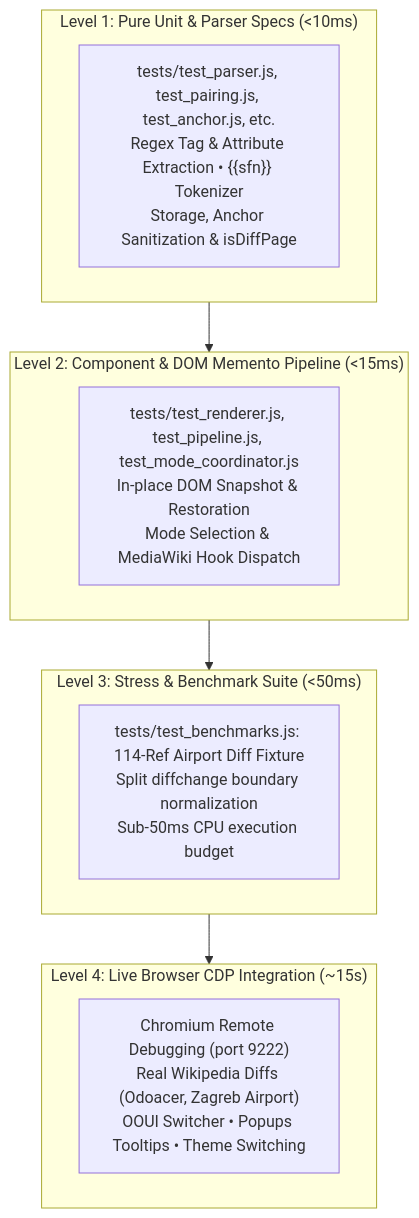
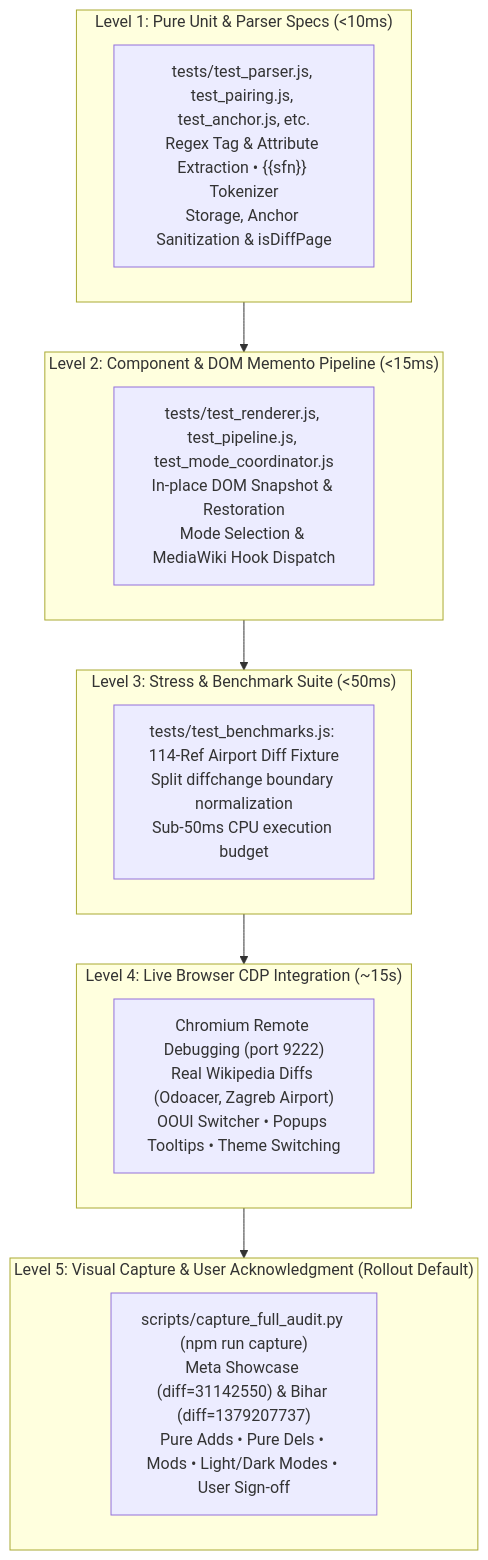
The diagram in TEST_PLAN.md (psytrap/refdiff), drawn with Mermaid before and after one commit. The commit also changed other lines of this file and 5 other files, not shown here.

Commit message:
docs(rollout): codify visual captures and user acknowledgment gate as rollout default

````diff
--- a/TEST_PLAN.md
+++ b/TEST_PLAN.md
@@ -50,20 +50,24 @@
 ```mermaid
 flowchart TD
+    subgraph Level_5["Level 5: Visual Capture & User Acknowledgment (Rollout Default)"]
+        L5["scripts/capture_full_audit.py (npm run capture)<br/>Meta Showcase (diff=31142550) & Bihar (diff=1379207737)<br/>Pure Adds • Pure Dels • Mods • Light/Dark Modes • User Sign-off"]
+    end
+
     subgraph Level_4["Level 4: Live Browser CDP Integration (~15s)"]
         L4["Chromium Remote Debugging (port 9222)<br/>Real Wikipedia Diffs (Odoacer, Zagreb Airport)<br/>OOUI Switcher • Popups Tooltips • Theme Switching"]
     end
 
     subgraph Level_3["Level 3: Stress & Benchmark Suite (<50ms)"]
         L3["tests/test_benchmarks.js: 114-Ref Airport Diff Fixture<br/>Split diffchange boundary normalization<br/>Sub-50ms CPU execution budget"]
     end
 
     subgraph Level_2["Level 2: Component & DOM Memento Pipeline (<15ms)"]
         L2["tests/test_renderer.js, test_pipeline.js, test_mode_coordinator.js<br/>In-place DOM Snapshot & Restoration<br/>Mode Selection & MediaWiki Hook Dispatch"]
     end
 
     subgraph Level_1["Level 1: Pure Unit & Parser Specs (<10ms)"]
         L1["tests/test_parser.js, test_pairing.js, test_anchor.js, etc.<br/>Regex Tag & Attribute Extraction • {{sfn}} Tokenizer<br/>Storage, Anchor Sanitization & isDiffPage"]
     end
 
-    Level_1 --> Level_2 --> Level_3 --> Level_4
+    Level_1 --> Level_2 --> Level_3 --> Level_4 --> Level_5
 ```
````
